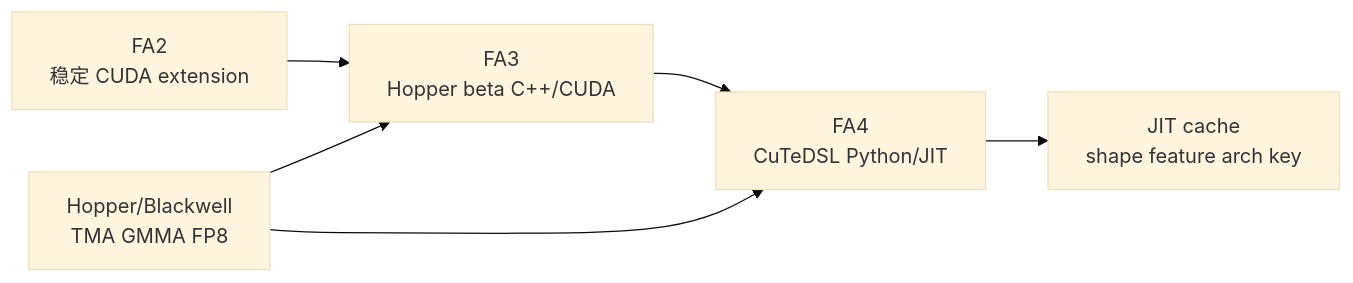
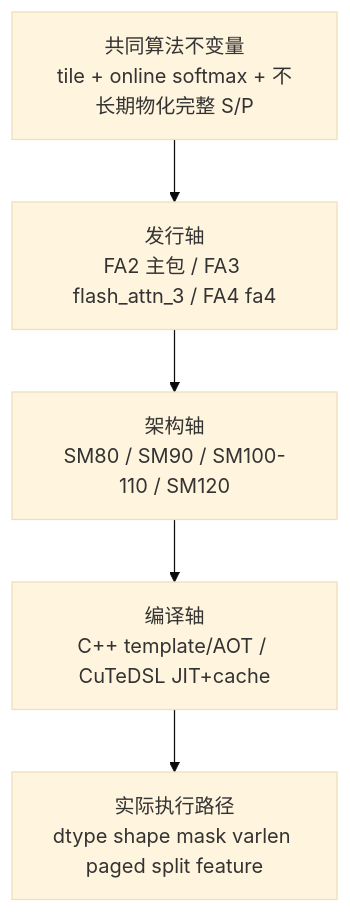
The diagram in flash-attn_reading/新架构实现/Hopper与CuTe/FlashAttention-Hopper与CuTe.md (OnlyHero5/sglang-reading-vault), drawn with Mermaid (base theme) before and after one commit. The commit also changed other lines of this file and 512 other files, not shown here.

````diff
--- a/flash-attn_reading/新架构实现/Hopper与CuTe/FlashAttention-Hopper与CuTe.md
+++ b/flash-attn_reading/新架构实现/Hopper与CuTe/FlashAttention-Hopper与CuTe.md
@@ -53,12 +28,12 @@
 ```mermaid
-flowchart LR
-    FA2["FA2<br/>稳定 CUDA extension"]
-    FA3["FA3<br/>Hopper beta C++/CUDA"]
-    FA4["FA4<br/>CuTeDSL Python/JIT"]
-    H["Hopper/Blackwell<br/>TMA GMMA FP8"]
-    J["JIT cache<br/>shape feature arch key"]
-    FA2 --> FA3 --> FA4
-    H --> FA3
-    H --> FA4
-    FA4 --> J
+flowchart TB
+    U["共同算法不变量<br/>tile + online softmax + 不长期物化完整 S/P"]
+    R["发行轴<br/>FA2 主包 / FA3 flash_attn_3 / FA4 fa4"]
+    A["架构轴<br/>SM80 / SM90 / SM100-110 / SM120"]
+    C["编译轴<br/>C++ template/AOT / CuTeDSL JIT+cache"]
+    E["实际执行路径<br/>dtype shape mask varlen paged split feature"]
+    U --> R
+    R --> A
+    A --> C
+    C --> E
 ```
````
